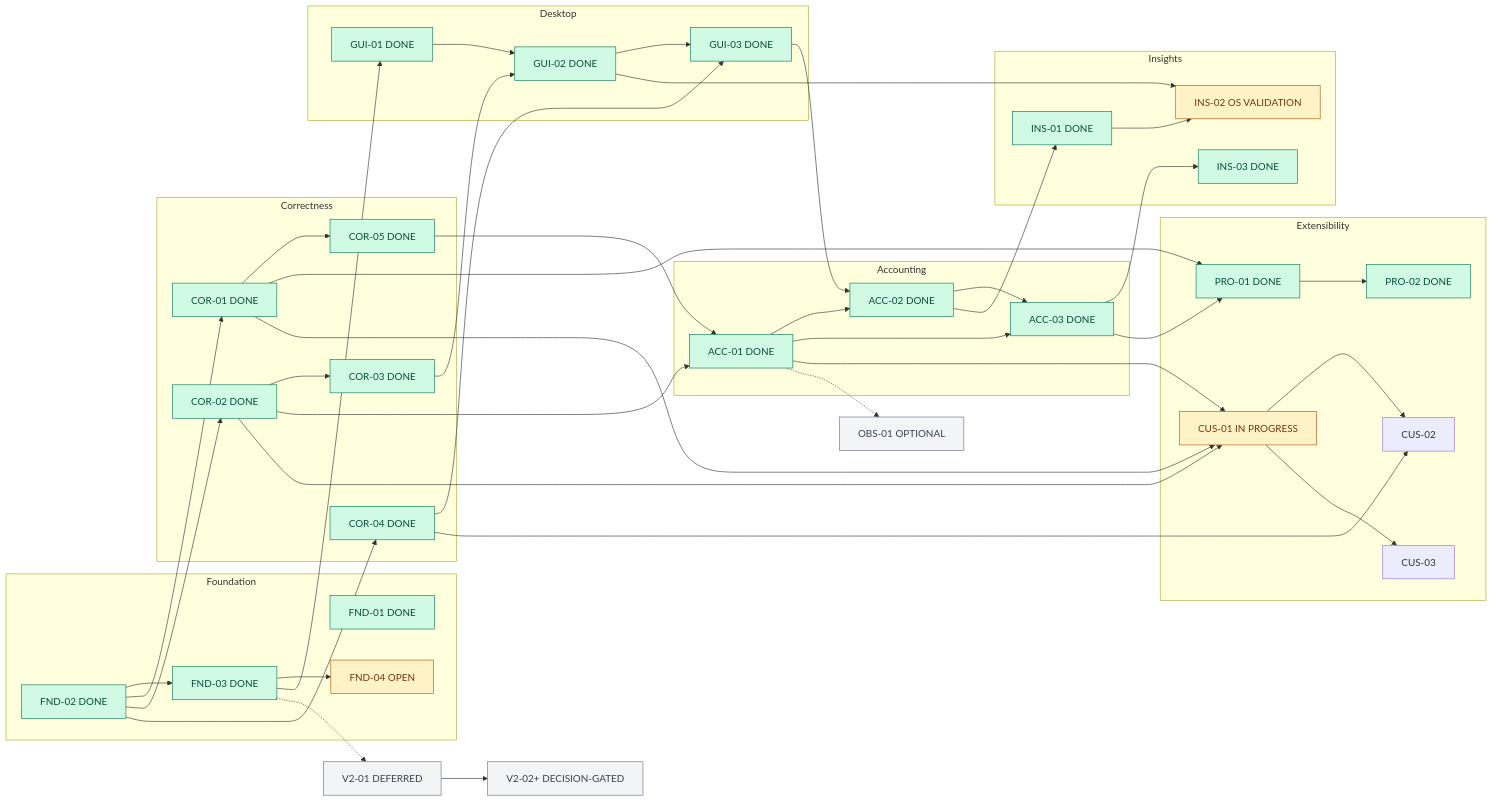
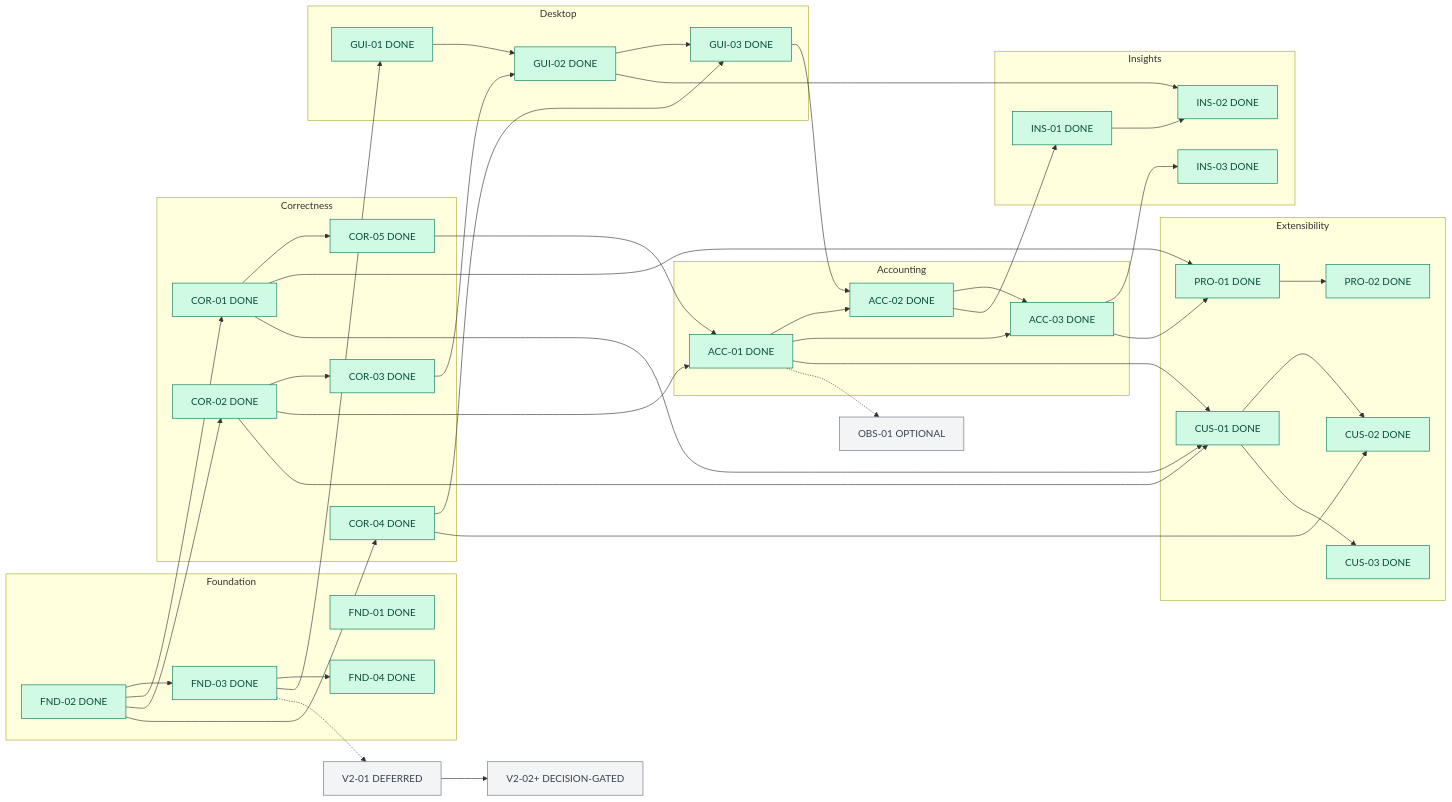
One commit to thanhndv212/opencode-quota changed the second of 2 diagrams in docs/UPSTREAM_DELIVERY_PLAN.md. Above: the diagram before and after it, drawn with Mermaid. The commit also changed other lines of this file and 5 other files, not shown here.

Commit message:
docs: complete scoped native acceptance and required roadmap map

````diff
--- a/docs/UPSTREAM_DELIVERY_PLAN.md
+++ b/docs/UPSTREAM_DELIVERY_PLAN.md
@@ -184,57 +183,56 @@
 ```mermaid
 flowchart LR
   subgraph Foundation
     F01["FND-01 DONE"]
     F02["FND-02 DONE"] --> F03["FND-03 DONE"]
-    F03 --> F04["FND-04 OPEN"]
+    F03 --> F04["FND-04 DONE"]
   end
   subgraph Correctness
     F02 --> C01["COR-01 DONE"]
     F02 --> C02["COR-02 DONE"]
     C02 --> C03["COR-03 DONE"]
     F02 --> C04["COR-04 DONE"]
     C01 --> C05["COR-05 DONE"]
   end
   subgraph Desktop
     F03 --> G01["GUI-01 DONE"]
     G01 --> G02["GUI-02 DONE"]
     C03 --> G02
     G02 --> G03["GUI-03 DONE"]
     C04 --> G03
   end
   subgraph Accounting
     C02 --> A01["ACC-01 DONE"]
     C05 --> A01
     A01 --> A02["ACC-02 DONE"]
     G03 --> A02
     A01 --> A03["ACC-03 DONE"]
     A02 --> A03
   end
   subgraph Insights
     A02 --> I01["INS-01 DONE"]
-    I01 --> I02["INS-02 OS VALIDATION"]
+    I01 --> I02["INS-02 DONE"]
     G02 --> I02
     A03 --> I03["INS-03 DONE"]
   end
   subgraph Extensibility
     A03 --> P01["PRO-01 DONE"]
     C01 --> P01
     P01 --> P02["PRO-02 DONE"]
-    A01 --> U01["CUS-01 IN PROGRESS"]
+    A01 --> U01["CUS-01 DONE"]
     C01 --> U01
     C02 --> U01
-    U01 --> U02["CUS-02"]
+    U01 --> U02["CUS-02 DONE"]
     C04 --> U02
-    U01 --> U03["CUS-03"]
+    U01 --> U03["CUS-03 DONE"]
   end
   A01 -.-> O01["OBS-01 OPTIONAL"]
   F03 -.-> V01["V2-01 DEFERRED"]
   V01 --> V02["V2-02+ DECISION-GATED"]
   classDef done fill:#d1fae5,stroke:#047857,color:#064e3b;
   classDef active fill:#fef3c7,stroke:#b45309,color:#78350f;
   classDef ready fill:#dbeafe,stroke:#2563eb,color:#1e3a8a;
   classDef optional fill:#f3f4f6,stroke:#6b7280,color:#374151;
-  class F01,F02,F03,C01,C02,C03,C04,C05,G01,G02,G03,A01,A02,A03,I01,I03,P01,P02 done;
-  class F04,I02,U01 active;
+  class F01,F02,F03,C01,C02,C03,C04,C05,G01,G02,G03,A01,A02,A03,I01,I02,I03,P01,P02,F04,U01,U02,U03 done;
   class O01,V01,V02 optional;
 ```
````
